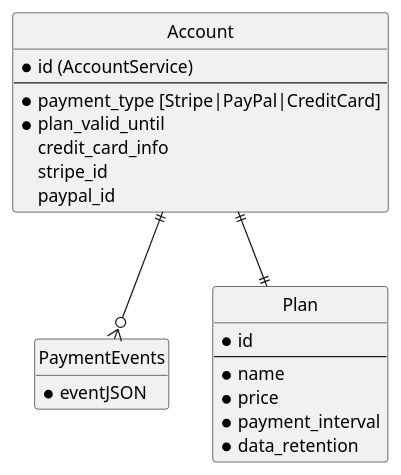
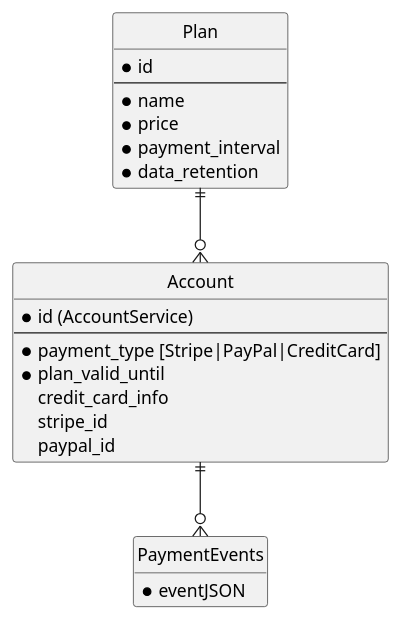
Before and after one commit to RisingStack/training-microservices-v2: the diagram in 2_distributed_monolith/Payment.puml, drawn with PlantUML. The commit also changed 1 other file, not shown here.

```diff
--- a/2_distributed_monolith/Payment.puml
+++ b/2_distributed_monolith/Payment.puml
@@ -1,33 +1,33 @@
 @startuml
 
 hide circle
 hide empty members
 
 entity Account {
 *id (AccountService)
 ---
 *payment_type [Stripe|PayPal|CreditCard]
 *plan_valid_until
 credit_card_info
 stripe_id
 paypal_id
 }
 
 entity PaymentEvents {
 *eventJSON
 }
 
 entity Plan {
 *id
 ---
 *name
 *price
 *payment_interval
 *data_retention
 }
 
-Account ||--|| Plan
+Plan ||--o{ Account
 
 Account ||--o{ PaymentEvents
 
 @enduml
```
